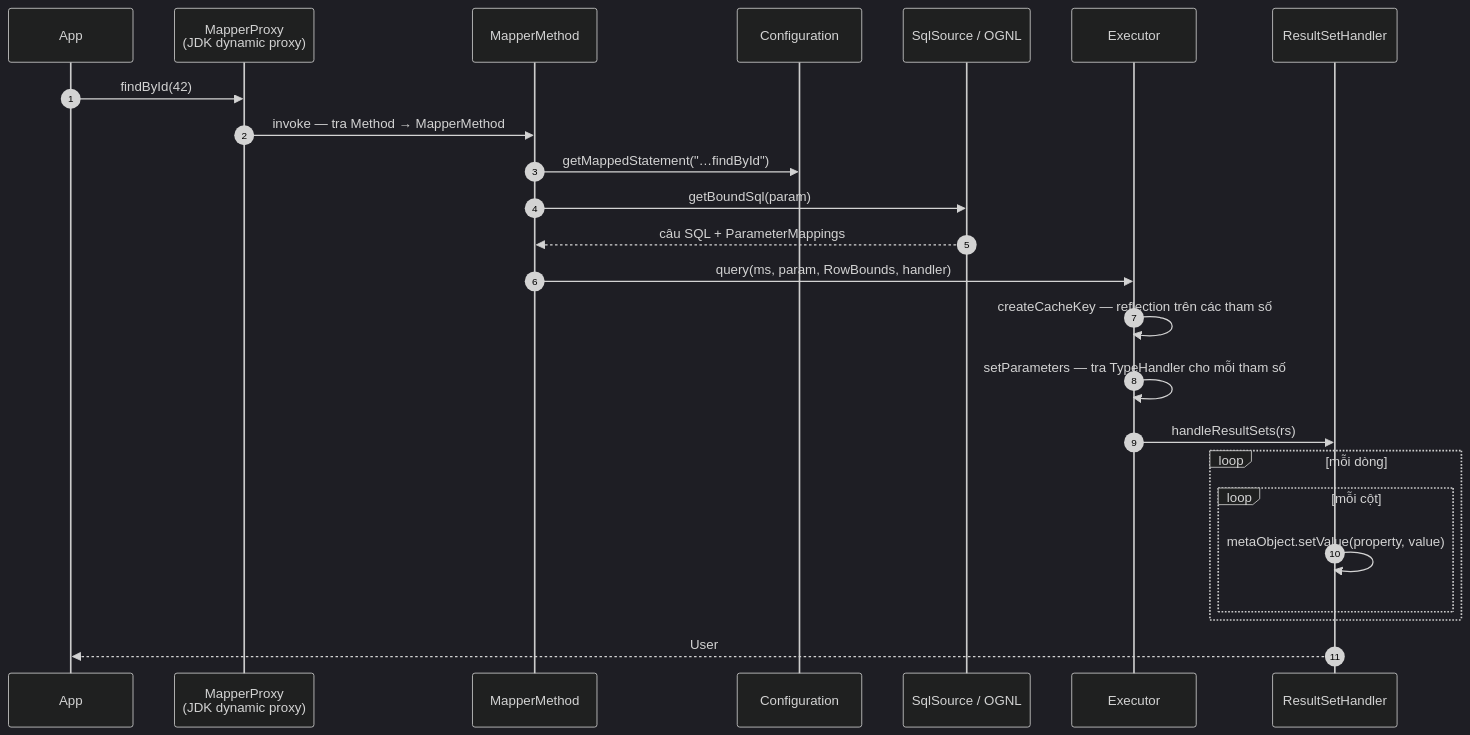
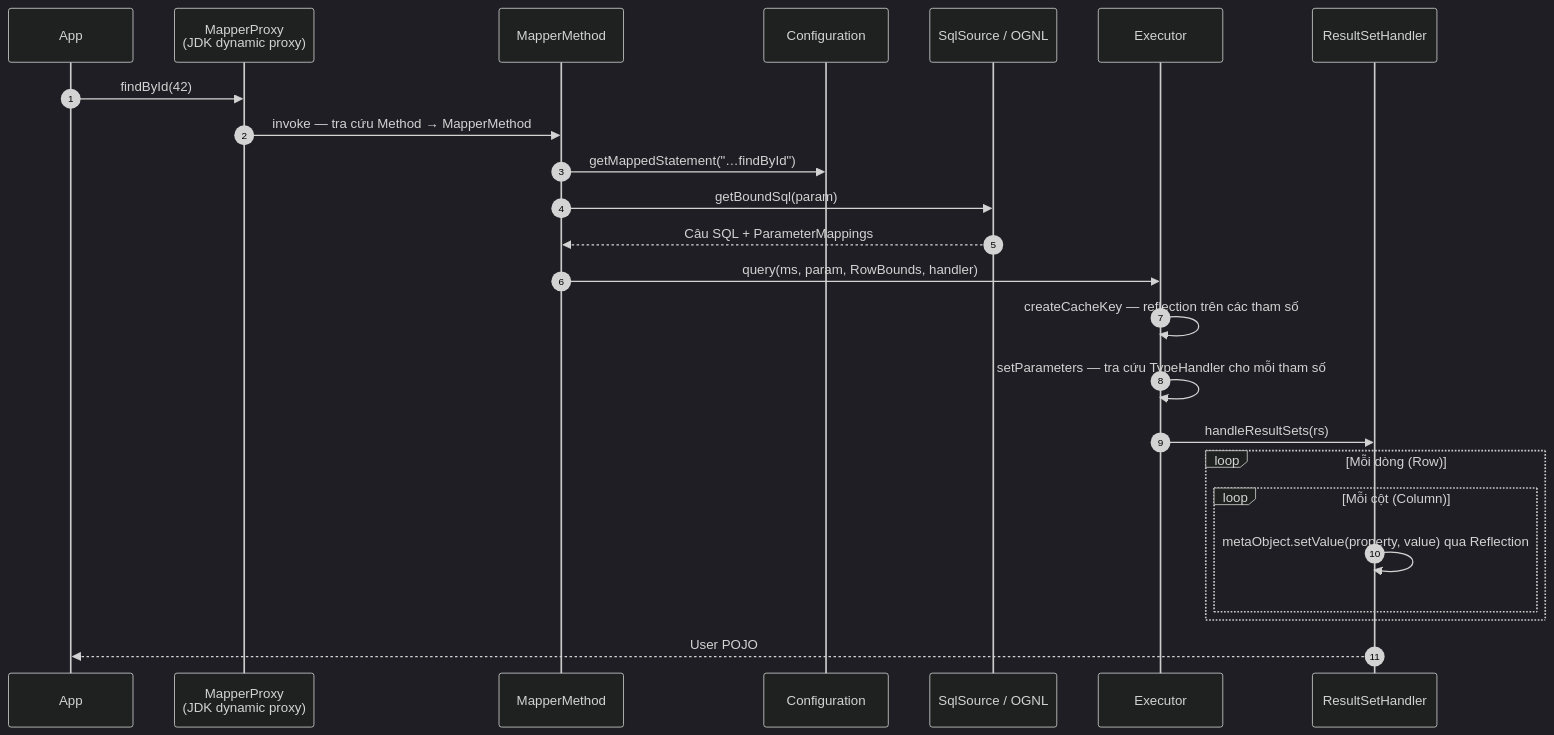
Before and after one commit to larkbatis/larkbatis.github.io: the first of 2 diagrams in docs/wiki/call-flow.vi.md, drawn with Mermaid (dark theme). The commit also changed other lines of this file and 33 other files, not shown here.

````diff
--- a/docs/wiki/call-flow.vi.md
+++ b/docs/wiki/call-flow.vi.md
@@ -11,26 +11,26 @@
 ```mermaid
 sequenceDiagram
     autonumber
     participant App
     participant Proxy as MapperProxy<br/>(JDK dynamic proxy)
     participant Method as MapperMethod
     participant Cfg as Configuration
     participant SQL as SqlSource / OGNL
     participant Exec as Executor
     participant Res as ResultSetHandler
     App->>Proxy: findById(42)
-    Proxy->>Method: invoke — tra Method → MapperMethod
+    Proxy->>Method: invoke — tra cứu Method → MapperMethod
     Method->>Cfg: getMappedStatement("…findById")
     Method->>SQL: getBoundSql(param)
-    SQL-->>Method: câu SQL + ParameterMappings
+    SQL-->>Method: Câu SQL + ParameterMappings
     Method->>Exec: query(ms, param, RowBounds, handler)
     Exec->>Exec: createCacheKey — reflection trên các tham số
-    Exec->>Exec: setParameters — tra TypeHandler cho mỗi tham số
+    Exec->>Exec: setParameters — tra cứu TypeHandler cho mỗi tham số
     Exec->>Res: handleResultSets(rs)
-    loop mỗi dòng
-        loop mỗi cột
-            Res->>Res: metaObject.setValue(property, value)
+    loop Mỗi dòng (Row)
+        loop Mỗi cột (Column)
+            Res->>Res: metaObject.setValue(property, value) qua Reflection
         end
     end
-    Res-->>App: User
+    Res-->>App: User POJO
 ```
````
